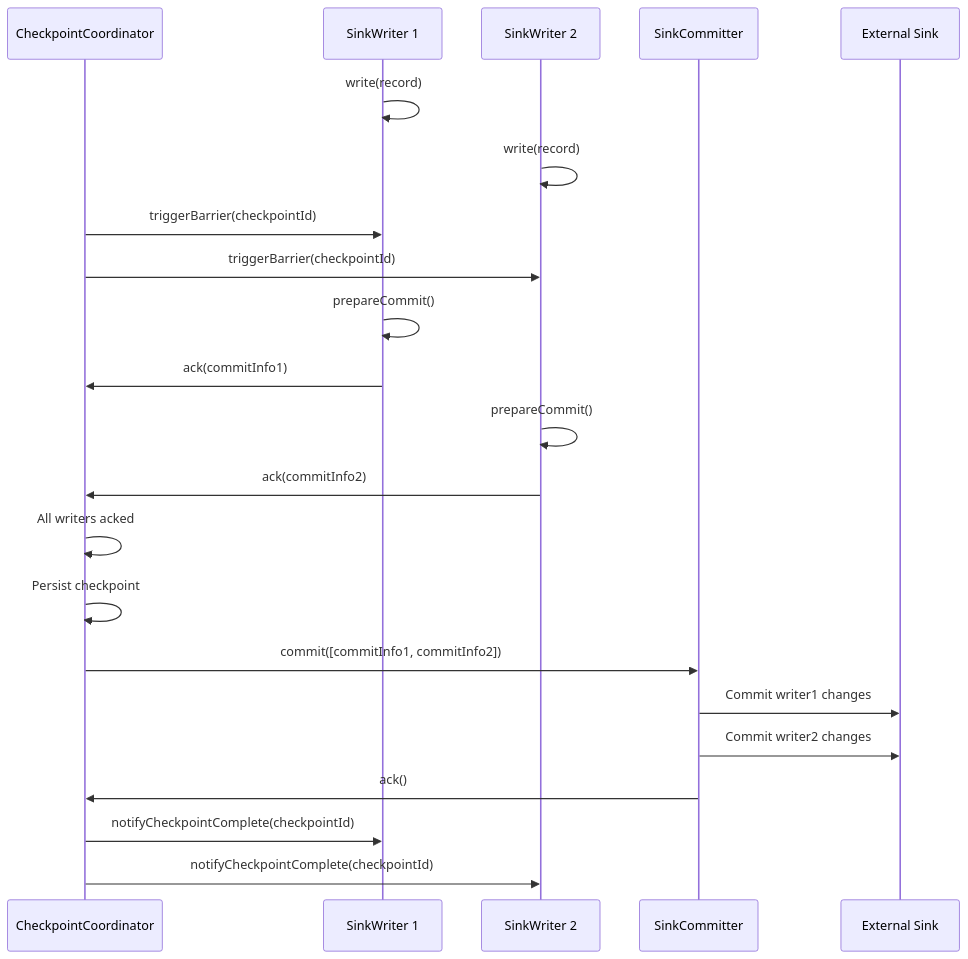
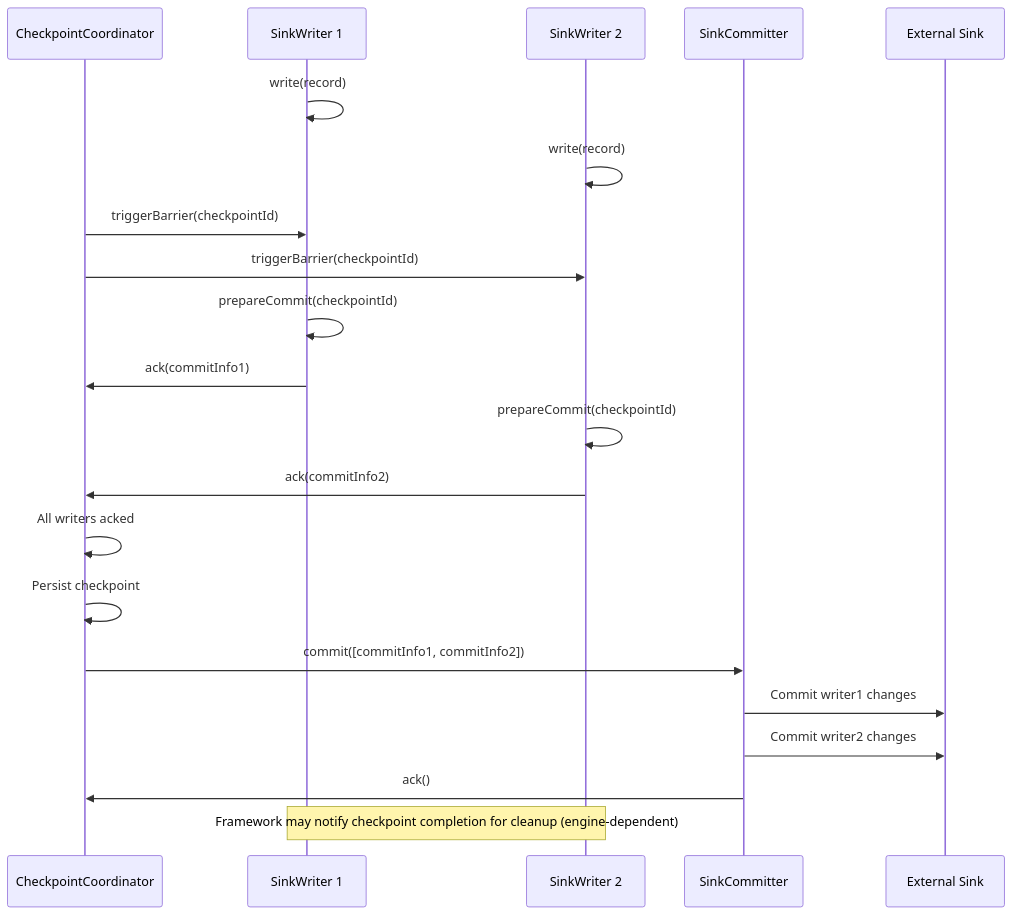
The first of 2 diagrams in docs/en/architecture/api-design/sink-architecture.md (apache/seatunnel), drawn with Mermaid before and after one commit. The commit also changed other lines of this file and 12 other files, not shown here.

Commit message:
docs: align EN architecture docs with Zeta implementation

````diff
--- a/docs/en/architecture/api-design/sink-architecture.md
+++ b/docs/en/architecture/api-design/sink-architecture.md
@@ -158,30 +169,29 @@
 ```mermaid
 sequenceDiagram
     participant CP as CheckpointCoordinator
     participant Writer1 as SinkWriter 1
     participant Writer2 as SinkWriter 2
     participant Committer as SinkCommitter
     participant Sink as External Sink
 
     Writer1->>Writer1: write(record)
     Writer2->>Writer2: write(record)
 
     CP->>Writer1: triggerBarrier(checkpointId)
     CP->>Writer2: triggerBarrier(checkpointId)
 
-    Writer1->>Writer1: prepareCommit()
+    Writer1->>Writer1: prepareCommit(checkpointId)
     Writer1->>CP: ack(commitInfo1)
-    Writer2->>Writer2: prepareCommit()
+    Writer2->>Writer2: prepareCommit(checkpointId)
     Writer2->>CP: ack(commitInfo2)
 
     CP->>CP: All writers acked
     CP->>CP: Persist checkpoint
 
     CP->>Committer: commit([commitInfo1, commitInfo2])
     Committer->>Sink: Commit writer1 changes
     Committer->>Sink: Commit writer2 changes
     Committer->>CP: ack()
 
-    CP->>Writer1: notifyCheckpointComplete(checkpointId)
-    CP->>Writer2: notifyCheckpointComplete(checkpointId)
+    Note over Writer1,Writer2: Framework may notify checkpoint completion for cleanup (engine-dependent)
 ```
````
